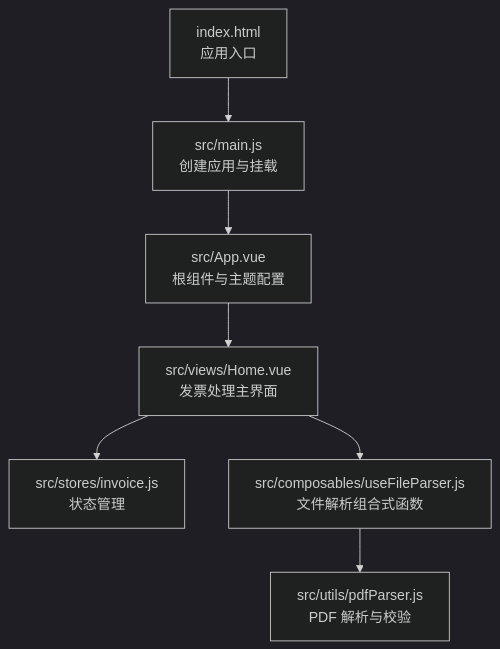
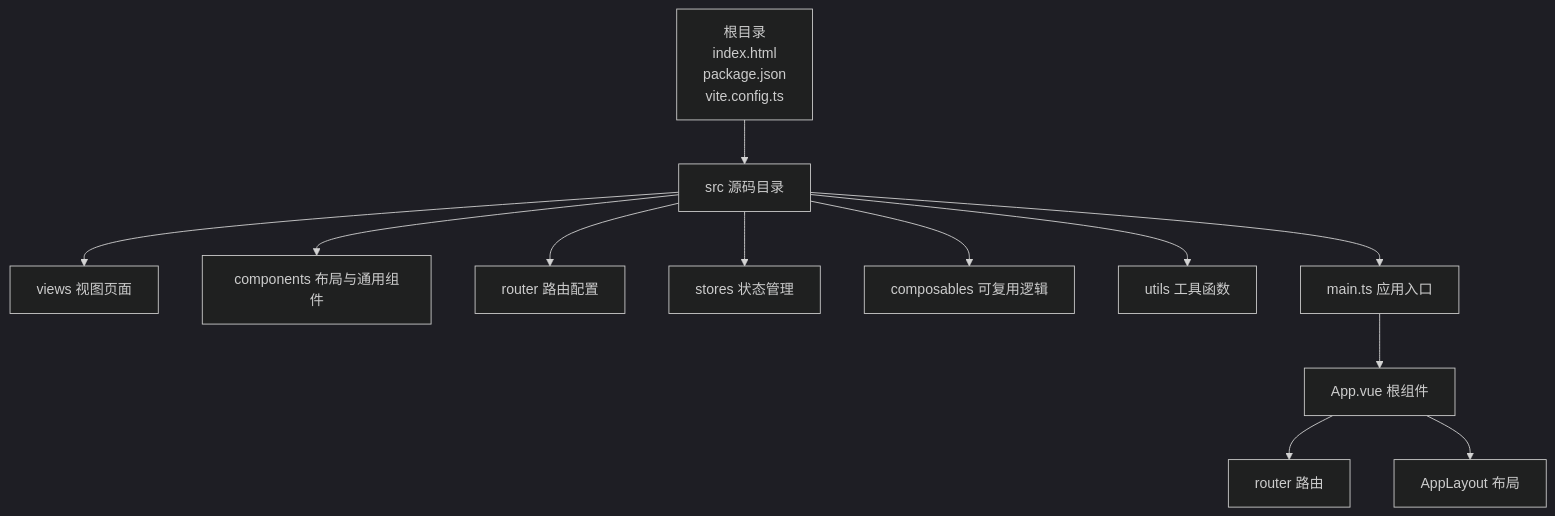
One commit to dunhuixiao/FinanceTools changed the diagram in .qoder/repowiki/zh/content/快速开始.md. Above: the diagram before and after it, drawn with Mermaid (dark theme). The commit also changed other lines of this file and 75 other files, not shown here.

````diff
--- a/.qoder/repowiki/zh/content/快速开始.md
+++ b/.qoder/repowiki/zh/content/快速开始.md
@@ -40,9 +33,14 @@
 ```mermaid
 graph TB
-A["index.html<br/>应用入口"] --> B["src/main.js<br/>创建应用与挂载"]
-B --> C["src/App.vue<br/>根组件与主题配置"]
-C --> D["src/views/Home.vue<br/>发票处理主界面"]
-D --> E["src/stores/invoice.js<br/>状态管理"]
-D --> F["src/composables/useFileParser.js<br/>文件解析组合式函数"]
-F --> G["src/utils/pdfParser.js<br/>PDF 解析与校验"]
+A["根目录<br/>index.html<br/>package.json<br/>vite.config.ts"] --> B["src 源码目录"]
+B --> C["views 视图页面"]
+B --> D["components 布局与通用组件"]
+B --> E["router 路由配置"]
+B --> F["stores 状态管理"]
+B --> G["composables 可复用逻辑"]
+B --> H["utils 工具函数"]
+B --> I["main.ts 应用入口"]
+I --> J["App.vue 根组件"]
+J --> K["router 路由"]
+J --> L["AppLayout 布局"]
 ```
````
